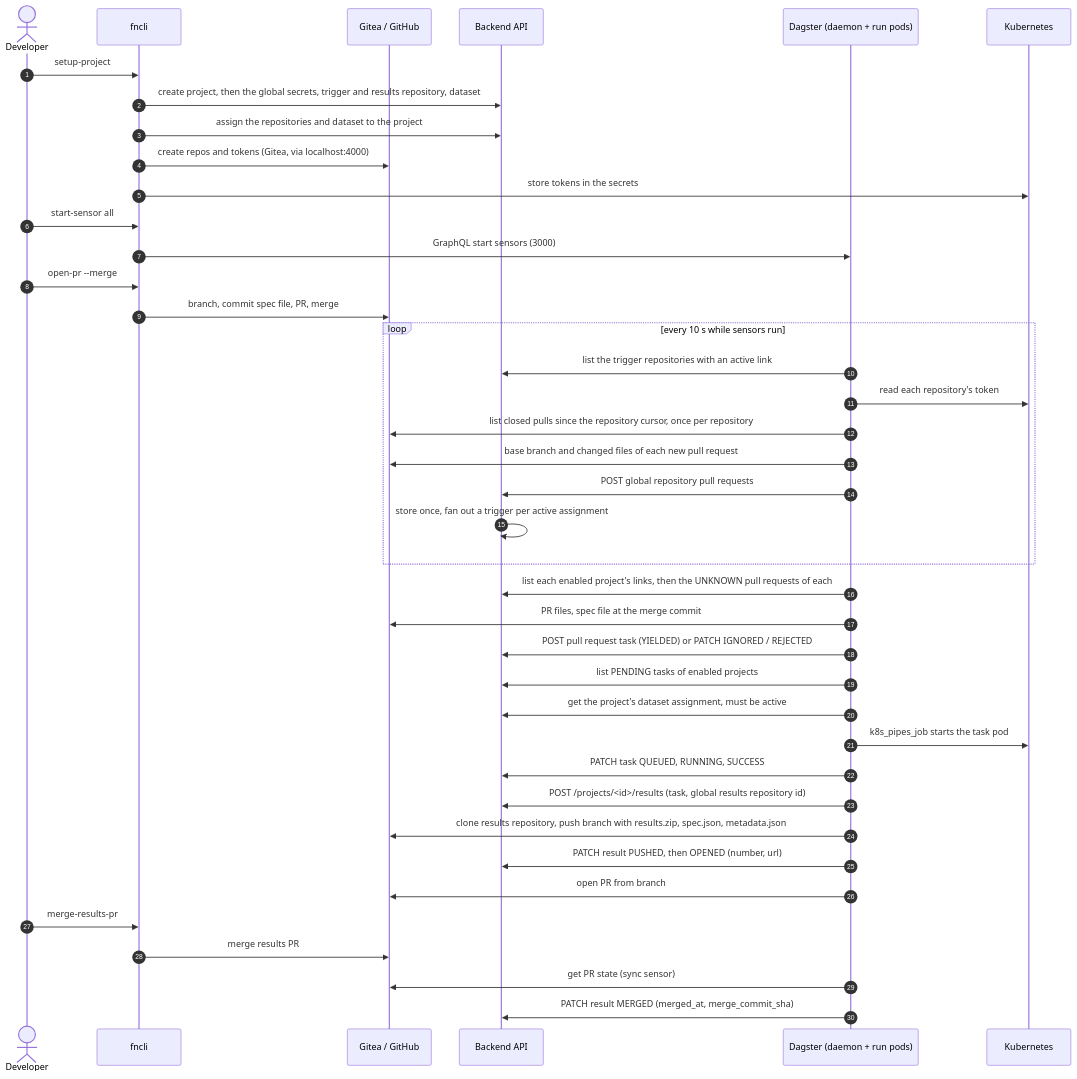
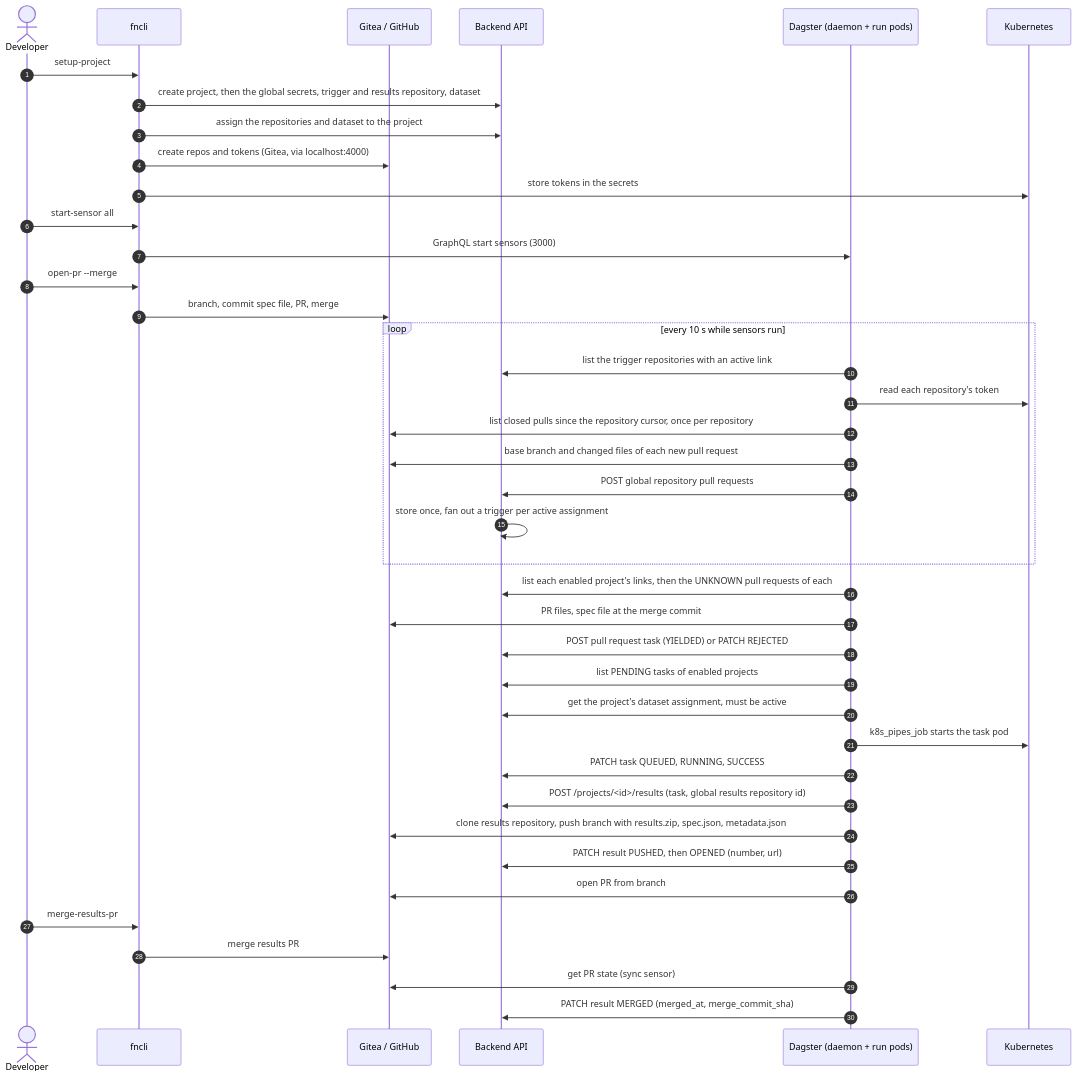
Before and after one commit to Aridhia-Open-Source/PHEMS_federated_node: the second of 3 diagrams in docs/architecture/flows.md, drawn with Mermaid. The commit also changed other lines of this file and 25 other files, not shown here.

First line of the commit message:
WIP: IGNORED state removed, task/results/secret guards, ?active=true (tests not updated yet)

````diff
--- a/docs/architecture/flows.md
+++ b/docs/architecture/flows.md
@@ -56,44 +55,44 @@
 ```mermaid
 sequenceDiagram
     autonumber
     actor Dev as Developer
     participant CLI as fncli
     participant Git as Gitea / GitHub
     participant BE as Backend API
     participant DG as Dagster (daemon + run pods)
     participant K8s as Kubernetes
 
     Dev->>CLI: setup-project
     CLI->>BE: create project, then the global secrets, trigger and results repository, dataset
     CLI->>BE: assign the repositories and dataset to the project
     CLI->>Git: create repos and tokens (Gitea, via localhost:4000)
     CLI->>K8s: store tokens in the secrets
     Dev->>CLI: start-sensor all
     CLI->>DG: GraphQL start sensors (3000)
     Dev->>CLI: open-pr --merge
     CLI->>Git: branch, commit spec file, PR, merge
 
     loop every 10 s while sensors run
         DG->>BE: list the trigger repositories with an active link
         DG->>K8s: read each repository's token
         DG->>Git: list closed pulls since the repository cursor, once per repository
         DG->>Git: base branch and changed files of each new pull request
         DG->>BE: POST global repository pull requests
         BE->>BE: store once, fan out a trigger per active assignment
     end
     DG->>BE: list each enabled project's links, then the UNKNOWN pull requests of each
     DG->>Git: PR files, spec file at the merge commit
-    DG->>BE: POST pull request task (YIELDED) or PATCH IGNORED / REJECTED
+    DG->>BE: POST pull request task (YIELDED) or PATCH REJECTED
     DG->>BE: list PENDING tasks of enabled projects
     DG->>BE: get the project's dataset assignment, must be active
     DG->>K8s: k8s_pipes_job starts the task pod
     DG->>BE: PATCH task QUEUED, RUNNING, SUCCESS
     DG->>BE: POST /projects/<id>/results (task, global results repository id)
     DG->>Git: clone results repository, push branch with results.zip, spec.json, metadata.json
     DG->>BE: PATCH result PUSHED, then OPENED (number, url)
     DG->>Git: open PR from branch
     Dev->>CLI: merge-results-pr
     CLI->>Git: merge results PR
     DG->>Git: get PR state (sync sensor)
     DG->>BE: PATCH result MERGED (merged_at, merge_commit_sha)
 ```
````
